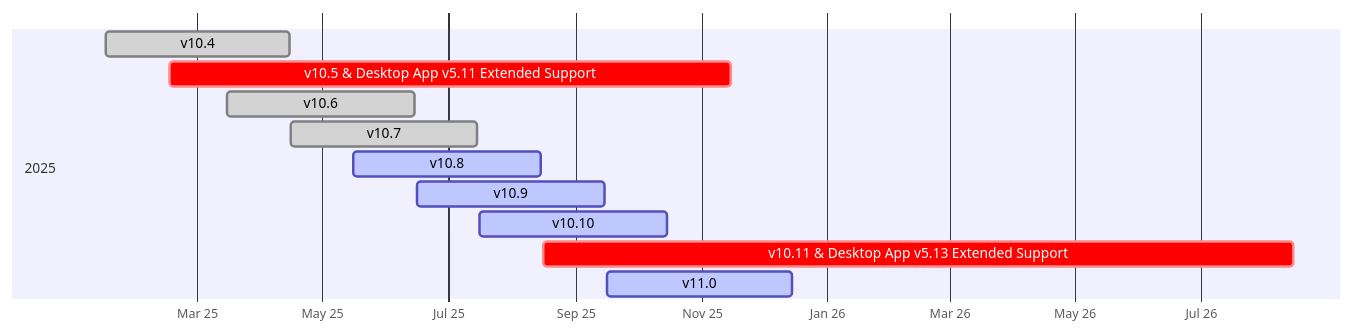
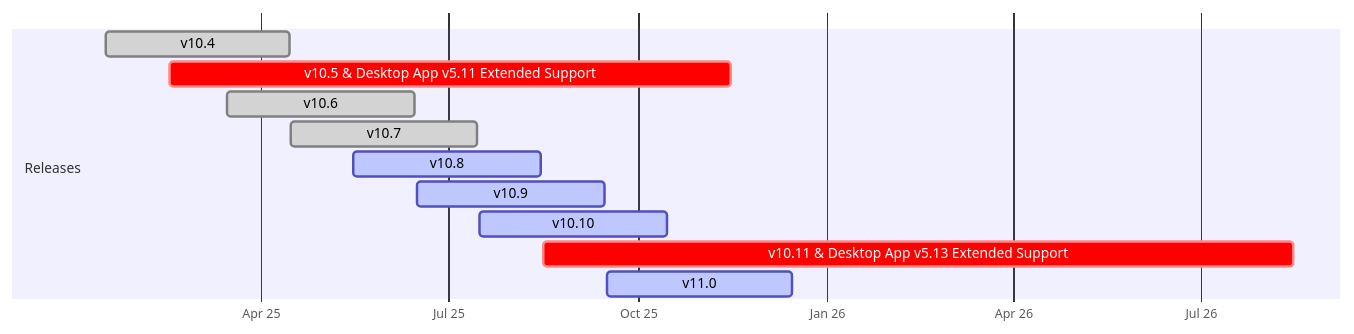
One commit to mattermost/docs changed the diagram in source/about/release-policy.md. Above: the diagram before and after it, drawn with Mermaid.

````diff
--- a/source/about/release-policy.md
+++ b/source/about/release-policy.md
@@ -54,19 +54,17 @@
 ```{mermaid}
 
 gantt
     dateFormat  YYYY-MM-DD
     axisFormat  %b %y
 
-    tickInterval 2month
-
-    section 2025
+    section Releases
     v10.4                  :done,  2025-01-16, 2025-04-15
     v10.5 & Desktop App v5.11 Extended Support :crit,    2025-02-16, 2025-11-15
     v10.6                  :done, 2025-03-16, 2025-06-15
     v10.7                  :done, 2025-04-16, 2025-07-15
     v10.8                  :active, 2025-05-16, 2025-08-15
     v10.9                  :active, 2025-06-16, 2025-09-15
     v10.10                 :active, 2025-07-16, 2025-10-15
     v10.11 & Desktop App v5.13 Extended Support :crit,    2025-08-16, 2026-08-15
     v11.0                  :active, 2025-09-16, 2025-12-15
 ```
````
